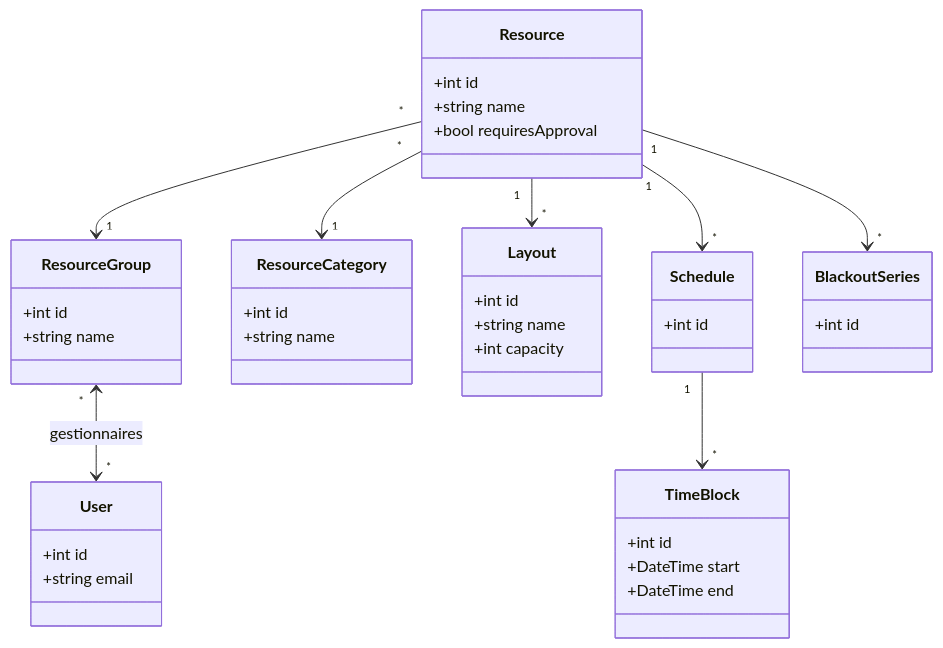
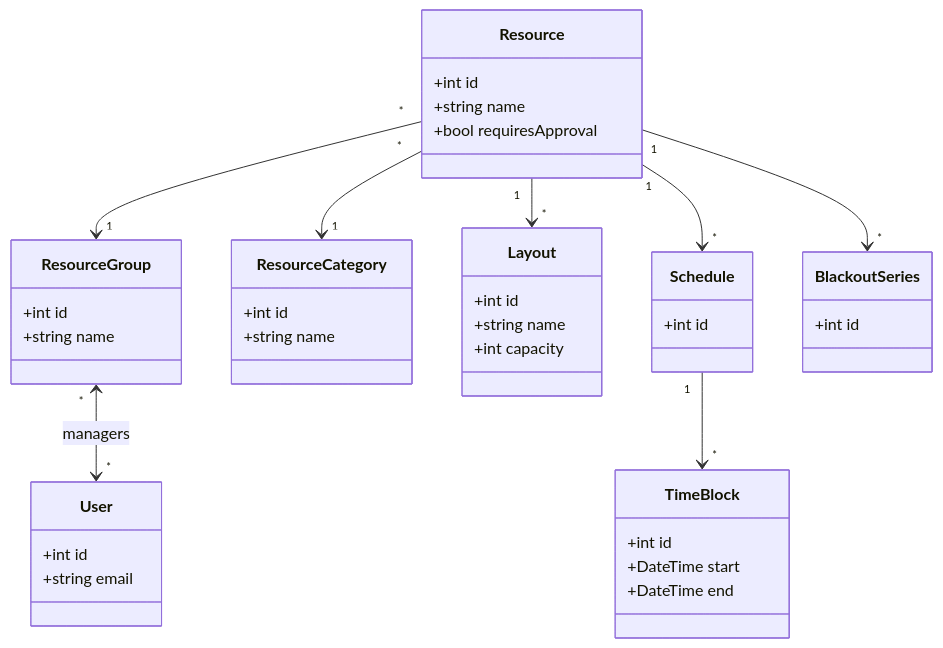
The third of 5 diagrams in docs/01-architecture.md (Betus971/Librebooking-Symfony), drawn with Mermaid before and after one commit. The commit also changed other lines of this file and 261 other files, not shown here.

Commit message:
feat: initial open source release with modern stack, Tailwind v4 and generic architecture

````diff
--- a/docs/01-architecture.md
+++ b/docs/01-architecture.md
@@ -194,44 +177,44 @@
 ```mermaid
 classDiagram
     class ResourceGroup {
         +int id
         +string name
     }
     class Resource {
         +int id
         +string name
         +bool requiresApproval
     }
     class ResourceCategory {
         +int id
         +string name
     }
     class Layout {
         +int id
         +string name
         +int capacity
     }
     class Schedule {
         +int id
     }
     class TimeBlock {
         +int id
         +DateTime start
         +DateTime end
     }
     class BlackoutSeries {
         +int id
     }
     class User {
         +int id
         +string email
     }
 
     Resource "*" --> "1" ResourceGroup
     Resource "*" --> "1" ResourceCategory
     Resource "1" --> "*" Layout
     Resource "1" --> "*" Schedule
     Schedule "1" --> "*" TimeBlock
     Resource "1" --> "*" BlackoutSeries
-    ResourceGroup "*" <--> "*" User : gestionnaires
+    ResourceGroup "*" <--> "*" User : managers
 ```
````
